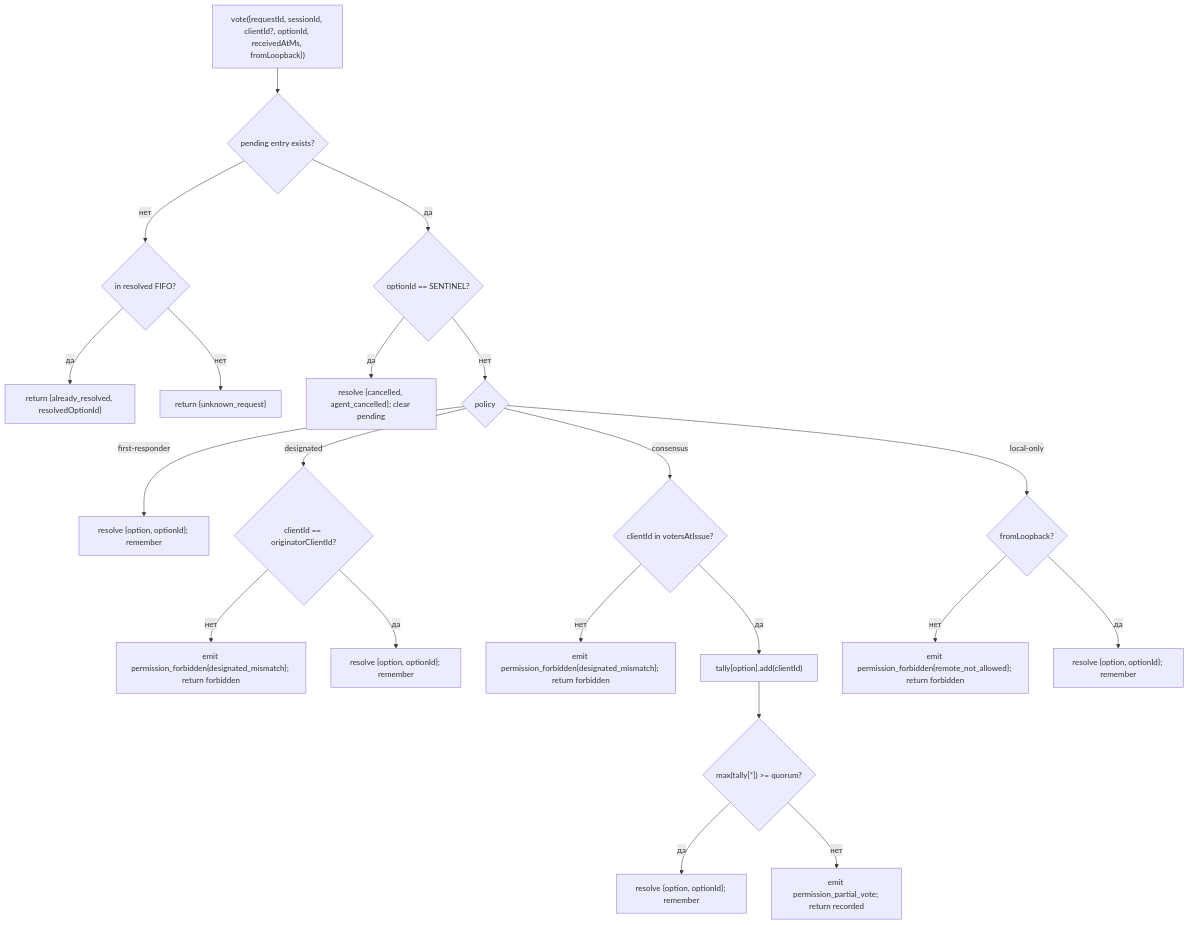
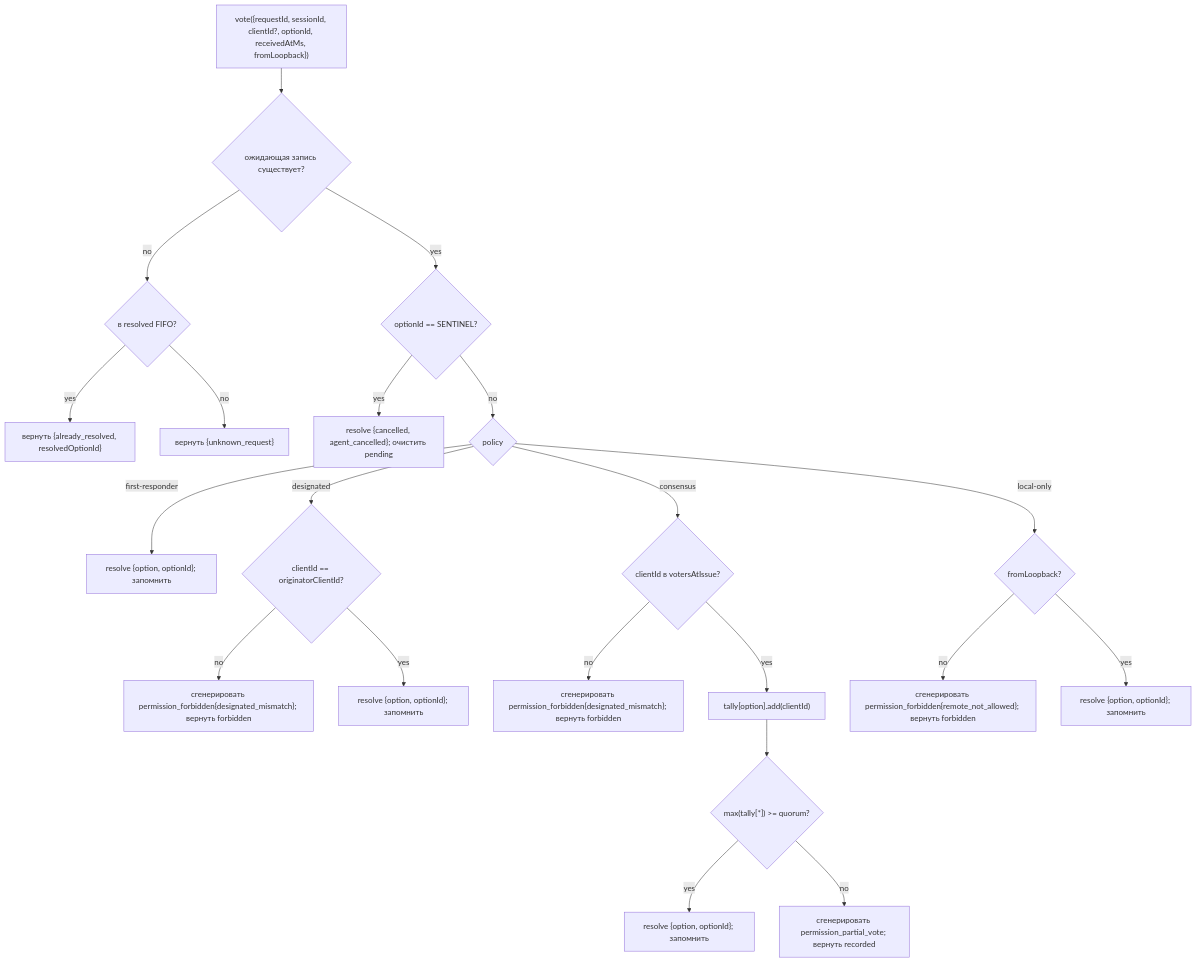
One commit to QwenLM/qwen-code-docs changed the second of 2 diagrams in website/content/ru/developers/daemon/04-permission-mediation.md. Above: the diagram before and after it, drawn with Mermaid. The commit also changed other lines of this file and 162 other files, not shown here.

````diff
--- a/website/content/ru/developers/daemon/04-permission-mediation.md
+++ b/website/content/ru/developers/daemon/04-permission-mediation.md
@@ -121,23 +121,23 @@
 ```mermaid
 flowchart TD
-    V["vote({requestId, sessionId, clientId?, optionId, receivedAtMs, fromLoopback})"] --> E{"pending entry exists?"}
-    E -->|нет| RD{"in resolved FIFO?"}
-    RD -->|да| AR["return {already_resolved, resolvedOptionId}"]
-    RD -->|нет| UR["return {unknown_request}"]
-    E -->|да| SENT{"optionId == SENTINEL?"}
-    SENT -->|да| CX["resolve {cancelled, agent_cancelled}; clear pending"]
-    SENT -->|нет| POL{"policy"}
-    POL -->|first-responder| FR["resolve {option, optionId}; remember"]
+    V["vote({requestId, sessionId, clientId?, optionId, receivedAtMs, fromLoopback})"] --> E{"ожидающая запись существует?"}
+    E -->|no| RD{"в resolved FIFO?"}
+    RD -->|yes| AR["вернуть {already_resolved, resolvedOptionId}"]
+    RD -->|no| UR["вернуть {unknown_request}"]
+    E -->|yes| SENT{"optionId == SENTINEL?"}
+    SENT -->|yes| CX["resolve {cancelled, agent_cancelled}; очистить pending"]
+    SENT -->|no| POL{"policy"}
+    POL -->|first-responder| FR["resolve {option, optionId}; запомнить"]
     POL -->|designated| DG{"clientId == originatorClientId?"}
-    DG -->|нет| FOR["emit permission_forbidden{designated_mismatch}; return forbidden"]
-    DG -->|да| FRR["resolve {option, optionId}; remember"]
-    POL -->|consensus| CN{"clientId in votersAtIssue?"}
-    CN -->|нет| FORC["emit permission_forbidden{designated_mismatch}; return forbidden"]
-    CN -->|да| TAL["tally[option].add(clientId)"]
+    DG -->|no| FOR["сгенерировать permission_forbidden{designated_mismatch}; вернуть forbidden"]
+    DG -->|yes| FRR["resolve {option, optionId}; запомнить"]
+    POL -->|consensus| CN{"clientId в votersAtIssue?"}
+    CN -->|no| FORC["сгенерировать permission_forbidden{designated_mismatch}; вернуть forbidden"]
+    CN -->|yes| TAL["tally[option].add(clientId)"]
     TAL --> Q{"max(tally[*]) >= quorum?"}
-    Q -->|да| RES["resolve {option, optionId}; remember"]
-    Q -->|нет| PV["emit permission_partial_vote; return recorded"]
+    Q -->|yes| RES["resolve {option, optionId}; запомнить"]
+    Q -->|no| PV["сгенерировать permission_partial_vote; вернуть recorded"]
     POL -->|local-only| LO{"fromLoopback?"}
-    LO -->|нет| FORL["emit permission_forbidden{remote_not_allowed}; return forbidden"]
-    LO -->|да| RESL["resolve {option, optionId}; remember"]
+    LO -->|no| FORL["сгенерировать permission_forbidden{remote_not_allowed}; вернуть forbidden"]
+    LO -->|yes| RESL["resolve {option, optionId}; запомнить"]
 ```
````
